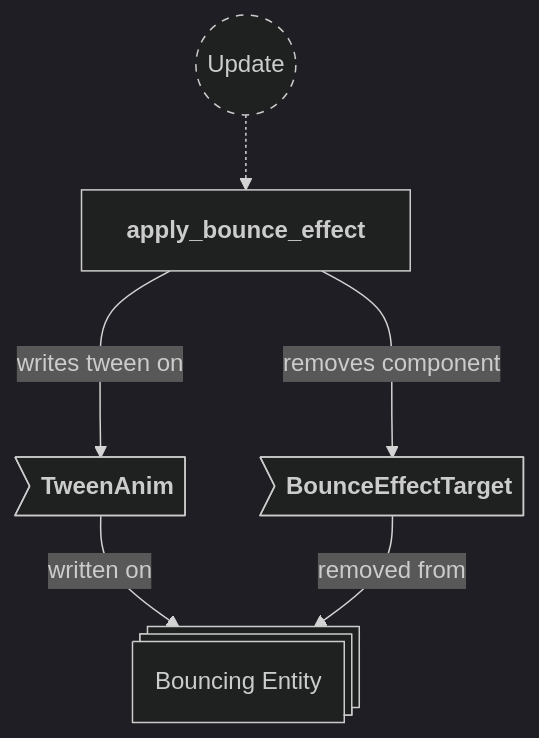
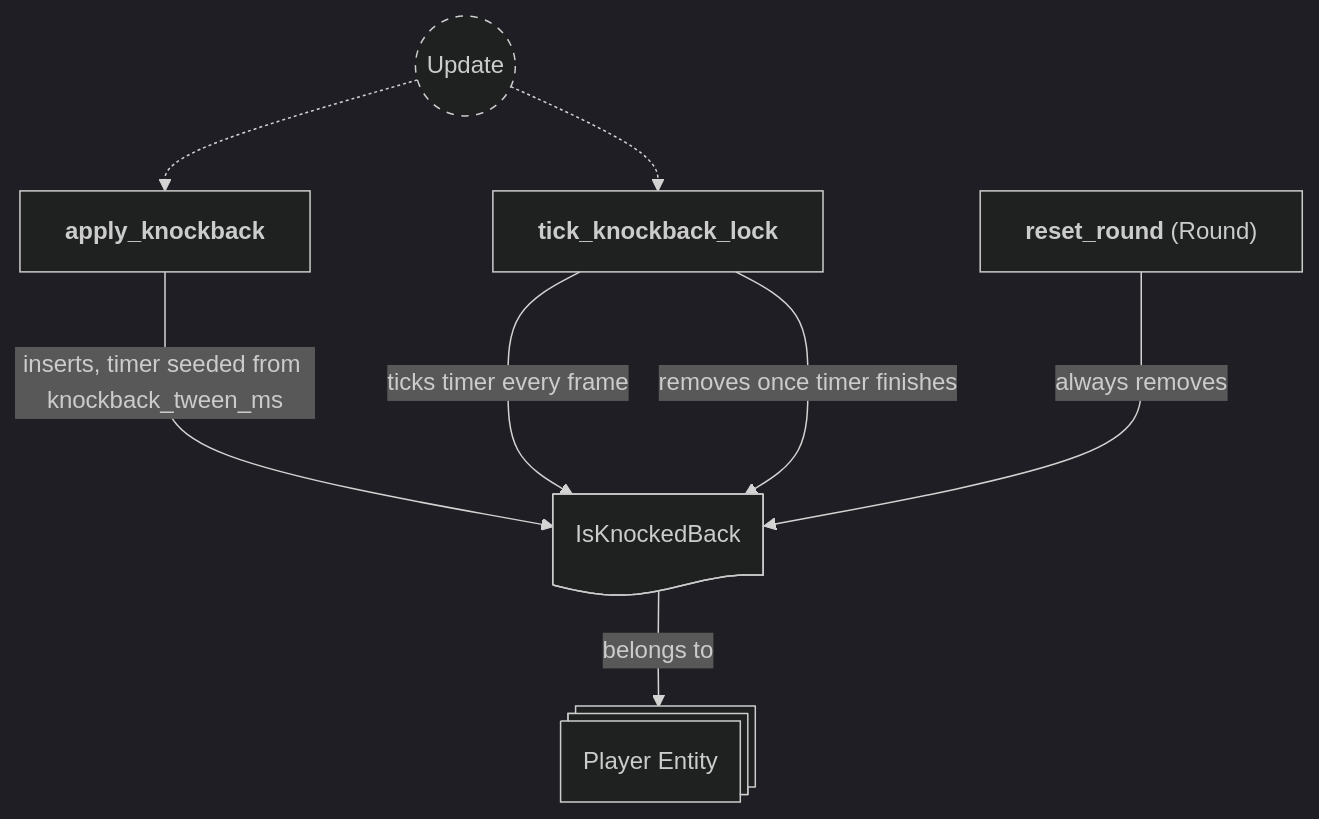
One commit to neurosoup/tyled changed diagram 22 of 25 in backlog/docs/doc-10 - 008-Effects-plugin.md. Above: the diagram before and after it, drawn with Mermaid. The commit also changed other lines of this file and 14 other files, not shown here.

First line of the commit message:
Add beam-origin illumination and fix knockback transform-effect race

````diff
--- a/backlog/docs/doc-10 - 008-Effects-plugin.md
+++ b/backlog/docs/doc-10 - 008-Effects-plugin.md
@@ -605,25 +919,27 @@
 ```mermaid
 ---
 config:
   theme: dark
 ---
 
 flowchart TD
 classDef system-group stroke-dasharray: 5 5
 
 update(("`Update`")):::system-group
-apply_bounce_effect["`**apply_bounce_effect**`"]
 
-update -.-> apply_bounce_effect
+apply_knockback["`**apply_knockback**`"]
+tick_knockback_lock["`**tick_knockback_lock**`"]
+reset_round["`**reset_round** (Round)`"]
 
-bounce_entity@{ shape: st-rect, label: "Bouncing Entity" }
+update -.-> apply_knockback
+update -.-> tick_knockback_lock
 
-be_tween_anim>"`**TweenAnim**`"]
-be_target>"`**BounceEffectTarget**`"]
+player_entity@{ shape: st-rect, label: "Player Entity" }
+is_knocked_back@{ shape: doc, label: "IsKnockedBack" }
 
-be_tween_anim --> |written on| bounce_entity
-be_target --> |removed from| bounce_entity
-
-apply_bounce_effect ---> |writes tween on| be_tween_anim
-apply_bounce_effect ---> |removes component| be_target
+apply_knockback ---> |"inserts, timer seeded from knockback_tween_ms"| is_knocked_back
+tick_knockback_lock ---> |ticks timer every frame| is_knocked_back
+tick_knockback_lock ---> |"removes once timer finishes"| is_knocked_back
+reset_round ---> |always removes| is_knocked_back
+is_knocked_back --> |belongs to| player_entity
 ```
````
